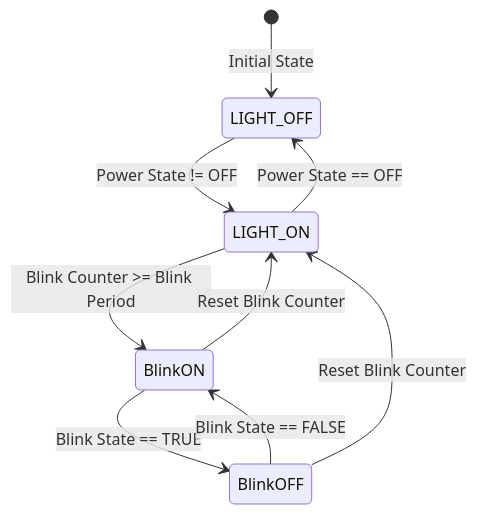
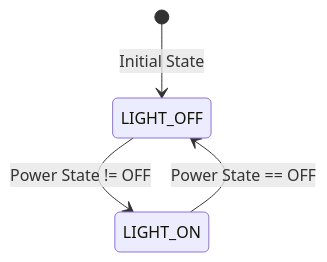
One commit to avengineers/SPLed changed the diagram in src/light_controller/doc/index.rst. Above: the diagram before and after it, drawn with Mermaid. The commit also changed other lines of this file and 11 other files, not shown here.

```diff
--- a/src/light_controller/doc/index.rst
+++ b/src/light_controller/doc/index.rst
@@ -58,11 +61,6 @@
 .. mermaid::
 
     stateDiagram-v2
         [*] --> LIGHT_OFF: Initial State
         LIGHT_OFF --> LIGHT_ON : Power State != OFF
         LIGHT_ON --> LIGHT_OFF : Power State == OFF
-        LIGHT_ON --> BlinkON : Blink Counter >= Blink Period
-        BlinkON --> BlinkOFF : Blink State == TRUE
-        BlinkOFF --> BlinkON : Blink State == FALSE
-        BlinkON --> LIGHT_ON : Reset Blink Counter
-        BlinkOFF --> LIGHT_ON : Reset Blink Counter
```
